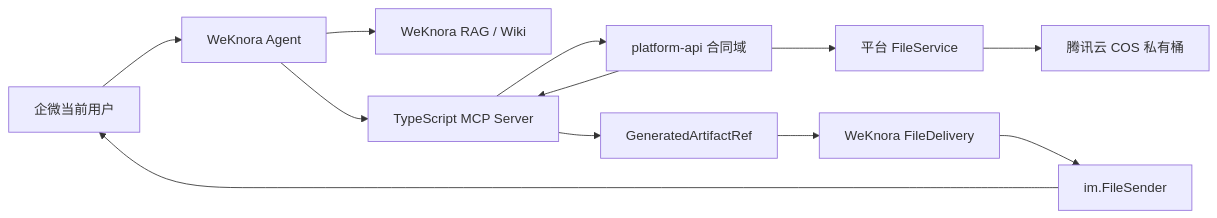
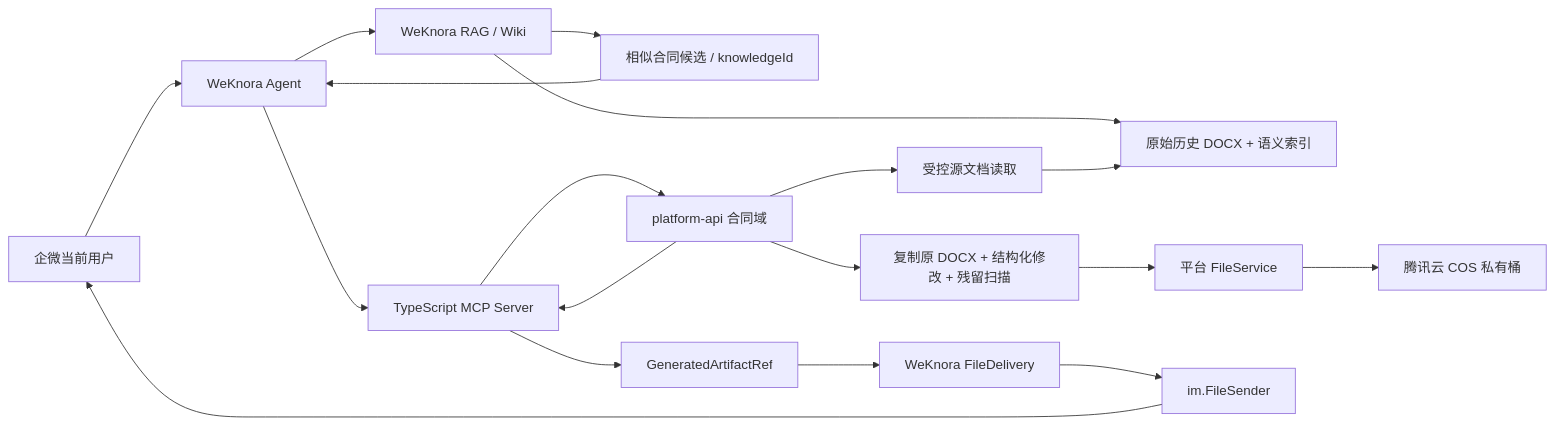
Before and after one commit to damediss/qianlvguoyu: the diagram in docs/04_requirements/WeKnora智能文件生成与合同MVP_Coding_Plan.md, drawn with Mermaid. The commit also changed other lines of this file and 60 other files, not shown here.

````diff
--- a/docs/04_requirements/WeKnora智能文件生成与合同MVP_Coding_Plan.md
+++ b/docs/04_requirements/WeKnora智能文件生成与合同MVP_Coding_Plan.md
@@ -154,14 +188,20 @@
 ```mermaid
 flowchart LR
     U["企微当前用户"] --> W["WeKnora Agent"]
     W --> R["WeKnora RAG / Wiki"]
+    R --> O["原始历史 DOCX + 语义索引"]
+    R --> X["相似合同候选 / knowledgeId"]
+    X --> W
     W --> M["TypeScript MCP Server"]
     M --> P["platform-api 合同域"]
-    P --> F["平台 FileService"]
+    P --> K["受控源文档读取"]
+    K --> O
+    P --> E["复制原 DOCX + 结构化修改 + 残留扫描"]
+    E --> F["平台 FileService"]
     F --> C["腾讯云 COS 私有桶"]
     P --> M
     M --> A["GeneratedArtifactRef"]
     A --> D["WeKnora FileDelivery"]
     D --> S["im.FileSender"]
     S --> U
 ```
````
